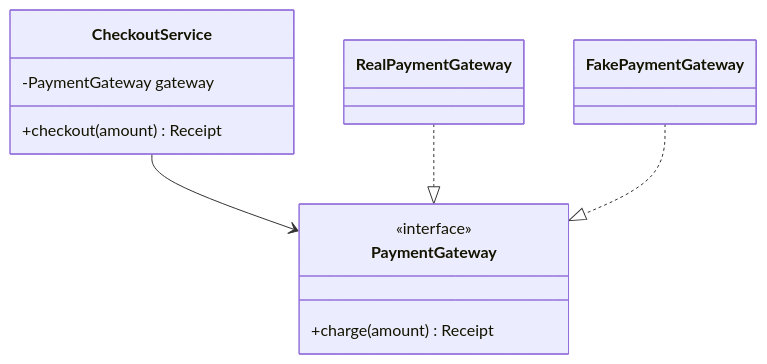
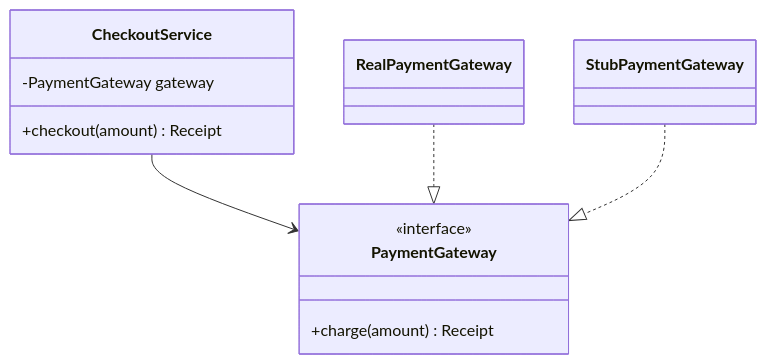
The fifth of 10 diagrams in content/lectures/Lec3/vitepress.md (Kert0n/KPO), drawn with Mermaid before and after one commit. The commit also changed other lines of this file, not shown here.

````diff
--- a/content/lectures/Lec3/vitepress.md
+++ b/content/lectures/Lec3/vitepress.md
@@ -728,16 +735,16 @@
 ```mermaid
 classDiagram
     class CheckoutService {
         -PaymentGateway gateway
         +checkout(amount) Receipt
     }
     class PaymentGateway {
         <<interface>>
         +charge(amount) Receipt
     }
     class RealPaymentGateway
-    class FakePaymentGateway
+    class StubPaymentGateway
     CheckoutService --> PaymentGateway
     RealPaymentGateway ..|> PaymentGateway
-    FakePaymentGateway ..|> PaymentGateway
+    StubPaymentGateway ..|> PaymentGateway
 ```
````
